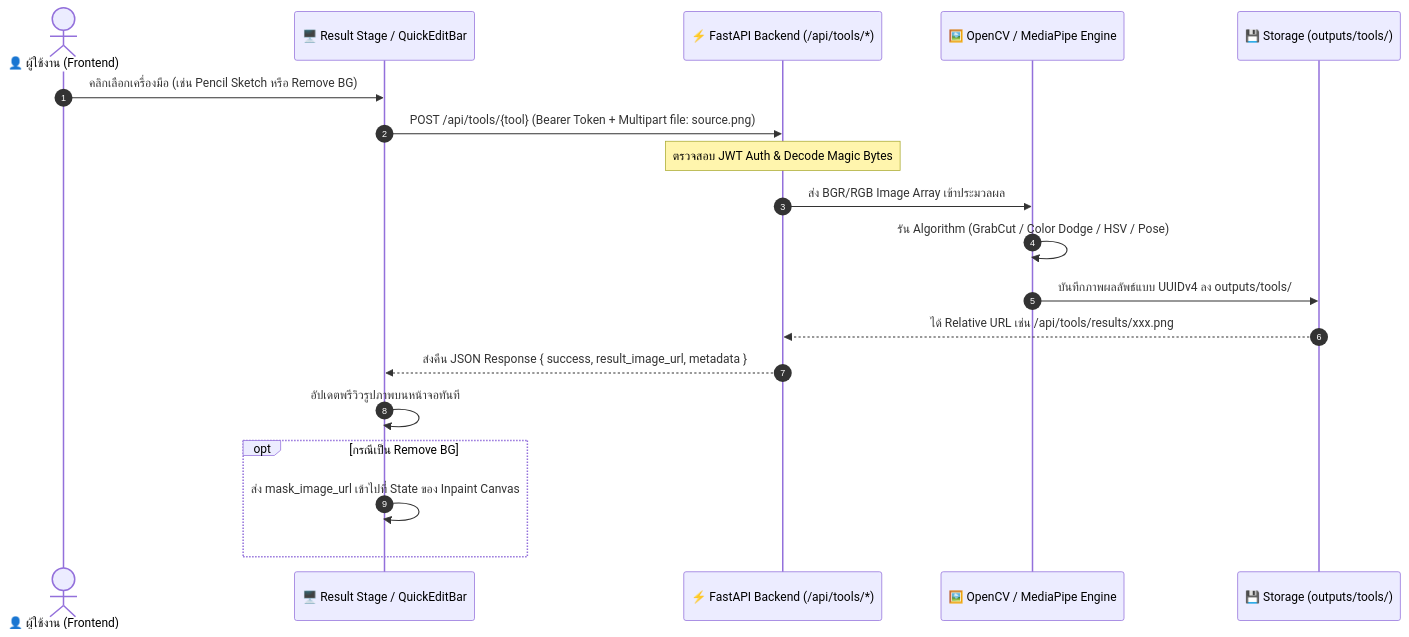
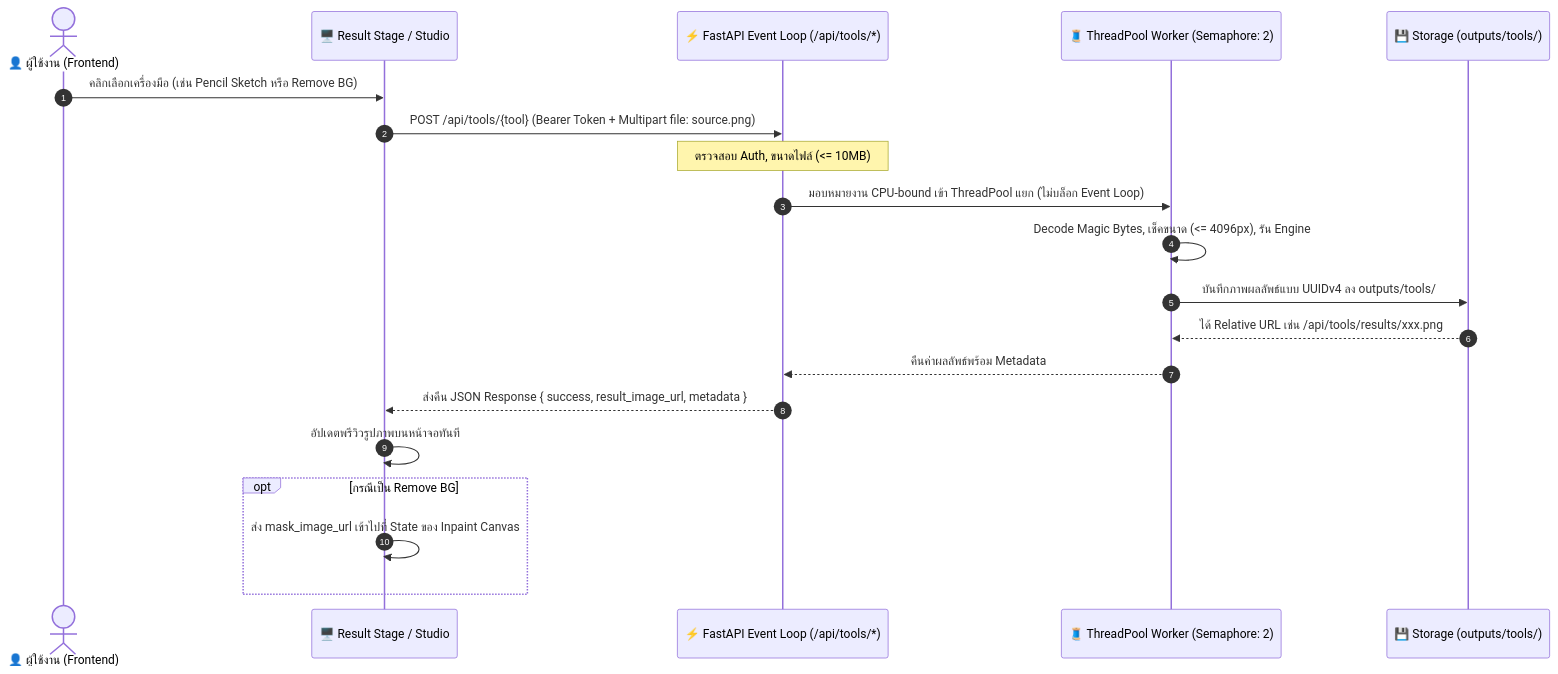
Before and after one commit to Pongkarm/Project_Luma_PKW: the diagram in FRONTEND_TOOLS_SPECIFICATION.md, drawn with Mermaid. The commit also changed other lines of this file and 8 other files, not shown here.

Commit message:
fix(studio): optimize GrabCut speed, add threadpool & semaphore, remove image_url path traversal, and enforce validation

````diff
--- a/FRONTEND_TOOLS_SPECIFICATION.md
+++ b/FRONTEND_TOOLS_SPECIFICATION.md
@@ -31,22 +31,23 @@
 ```mermaid
 sequenceDiagram
     autonumber
     actor User as 👤 ผู้ใช้งาน (Frontend)
-    participant UI as 🖥️ Result Stage / QuickEditBar
-    participant API as ⚡ FastAPI Backend (/api/tools/*)
-    participant Engine as 🖼️ OpenCV / MediaPipe Engine
+    participant UI as 🖥️ Result Stage / Studio
+    participant API as ⚡ FastAPI Event Loop (/api/tools/*)
+    participant Worker as 🧵 ThreadPool Worker (Semaphore: 2)
     participant Disk as 💾 Storage (outputs/tools/)
 
     User->>UI: คลิกเลือกเครื่องมือ (เช่น Pencil Sketch หรือ Remove BG)
     UI->>API: POST /api/tools/{tool} (Bearer Token + Multipart file: source.png)
-    Note over API: ตรวจสอบ JWT Auth & Decode Magic Bytes
-    API->>Engine: ส่ง BGR/RGB Image Array เข้าประมวลผล
-    Engine->>Engine: รัน Algorithm (GrabCut / Color Dodge / HSV / Pose)
-    Engine->>Disk: บันทึกภาพผลลัพธ์แบบ UUIDv4 ลง outputs/tools/
-    Disk-->>API: ได้ Relative URL เช่น /api/tools/results/xxx.png
+    Note over API: ตรวจสอบ Auth, ขนาดไฟล์ (<= 10MB)
+    API->>Worker: มอบหมายงาน CPU-bound เข้า ThreadPool แยก (ไม่บล็อก Event Loop)
+    Worker->>Worker: Decode Magic Bytes, เช็คขนาด (<= 4096px), รัน Engine
+    Worker->>Disk: บันทึกภาพผลลัพธ์แบบ UUIDv4 ลง outputs/tools/
+    Disk-->>Worker: ได้ Relative URL เช่น /api/tools/results/xxx.png
+    Worker-->>API: คืนค่าผลลัพธ์พร้อม Metadata
     API-->>UI: ส่งคืน JSON Response { success, result_image_url, metadata }
     UI->>UI: อัปเดตพรีวิวรูปภาพบนหน้าจอทันที
     opt กรณีเป็น Remove BG
         UI->>UI: ส่ง mask_image_url เข้าไปที่ State ของ Inpaint Canvas
     end
 ```
````
